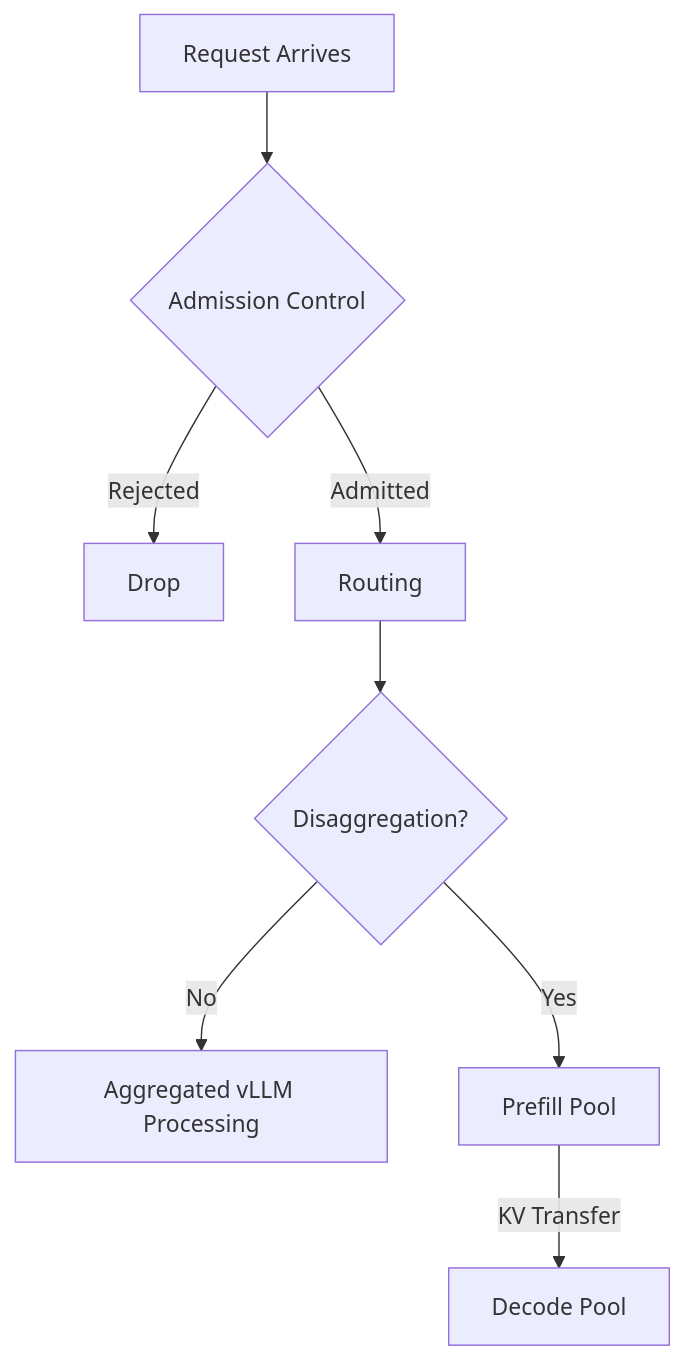
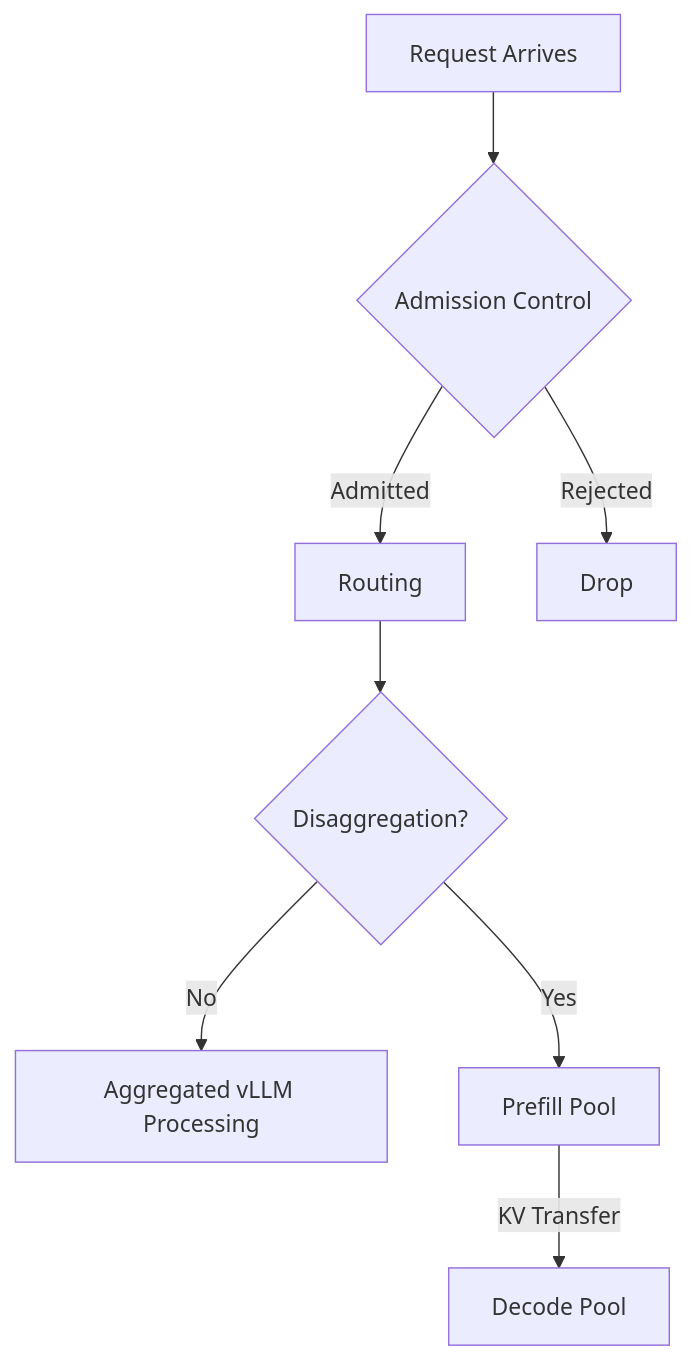
The third of 3 diagrams in docs/blog/posts/building-trust-physics-of-simulation.md (inference-sim/inference-sim), drawn with Mermaid before and after one commit. The commit also changed other lines of this file, not shown here.

First line of the commit message:
docs(blog): address namasluk review comments and diagram improvements

````diff
--- a/docs/blog/posts/building-trust-physics-of-simulation.md
+++ b/docs/blog/posts/building-trust-physics-of-simulation.md
@@ -135,10 +131,19 @@
 ```mermaid
-graph TB
-    A[Request Arrives] --> B{Admission Control}
-    B -->|Rejected| X[Drop]
-    B -->|Admitted| C[Routing]
-    C --> D{Disaggregation?}
-    D -->|No| E[Aggregated vLLM Processing]
-    D -->|Yes| F[Prefill Pool]
-    F -->|KV Transfer| G[Decode Pool]
+flowchart TB
+    A[Request Arrives]
+    B{Admission Control}
+    C[Routing]
+    D{Disaggregation?}
+    E[Aggregated vLLM Processing]
+    F[Prefill Pool]
+    G[Decode Pool]
+    X[Drop]
+
+    A --> B
+    B -- Rejected --> X
+    B -- Admitted --> C
+    C --> D
+    D -- No --> E
+    D -- Yes --> F
+    F -- KV Transfer --> G
 ```
````
